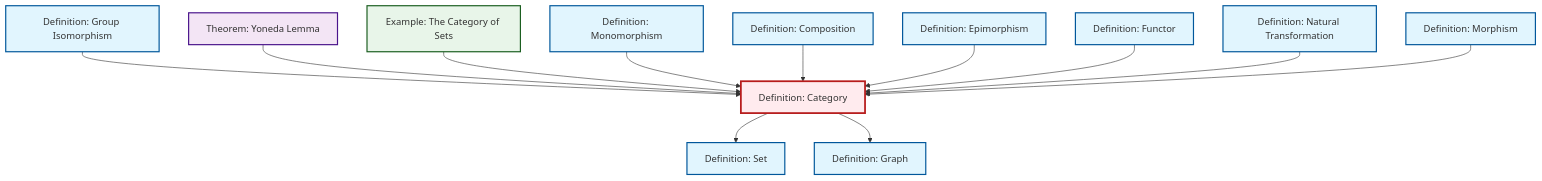
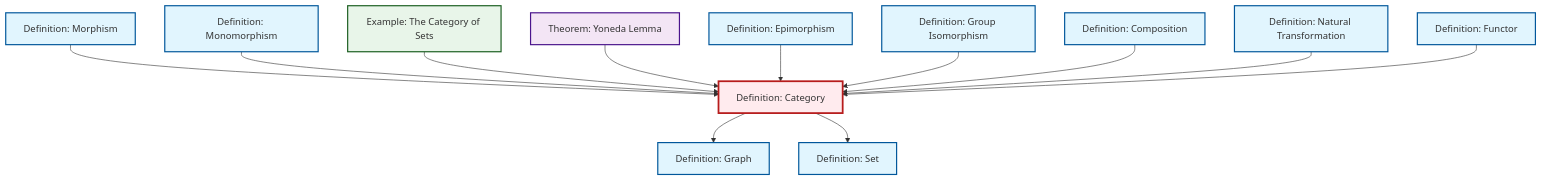
The diagram in content/en/category-theory/def-category.qmd (RK0429/ModernMath), drawn with Mermaid before and after one commit. The commit also changed other lines of this file and 634 other files, not shown here.

````diff
--- a/content/en/category-theory/def-category.qmd
+++ b/content/en/category-theory/def-category.qmd
@@ -47,44 +47,44 @@
 ```{mermaid}
 %%| fig-cap: "Local dependency graph"
 graph TD
     classDef definition fill:#e1f5fe,stroke:#01579b,stroke-width:2px
     classDef theorem fill:#f3e5f5,stroke:#4a148c,stroke-width:2px
     classDef axiom fill:#fff3e0,stroke:#e65100,stroke-width:2px
     classDef example fill:#e8f5e9,stroke:#1b5e20,stroke-width:2px
     classDef current fill:#ffebee,stroke:#b71c1c,stroke-width:3px
+    def-category["Definition: Category"]:::definition
+    def-natural-transformation["Definition: Natural Transformation"]:::definition
     def-composition["Definition: Composition"]:::definition
+    def-epimorphism["Definition: Epimorphism"]:::definition
+    thm-yoneda["Theorem: Yoneda Lemma"]:::theorem
+    def-monomorphism["Definition: Monomorphism"]:::definition
+    def-isomorphism["Definition: Group Isomorphism"]:::definition
+    ex-set-category["Example: The Category of Sets"]:::example
+    def-morphism["Definition: Morphism"]:::definition
     def-set["Definition: Set"]:::definition
-    def-monomorphism["Definition: Monomorphism"]:::definition
+    def-graph["Definition: Graph"]:::definition
     def-functor["Definition: Functor"]:::definition
-    ex-set-category["Example: The Category of Sets"]:::example
-    def-epimorphism["Definition: Epimorphism"]:::definition
-    def-morphism["Definition: Morphism"]:::definition
-    thm-yoneda["Theorem: Yoneda Lemma"]:::theorem
-    def-isomorphism["Definition: Group Isomorphism"]:::definition
-    def-natural-transformation["Definition: Natural Transformation"]:::definition
-    def-graph["Definition: Graph"]:::definition
-    def-category["Definition: Category"]:::definition
+    def-category --> def-graph
+    def-morphism --> def-category
+    def-monomorphism --> def-category
+    ex-set-category --> def-category
+    thm-yoneda --> def-category
+    def-epimorphism --> def-category
     def-isomorphism --> def-category
-    thm-yoneda --> def-category
-    ex-set-category --> def-category
-    def-monomorphism --> def-category
     def-composition --> def-category
-    def-epimorphism --> def-category
+    def-natural-transformation --> def-category
+    def-category --> def-set
     def-functor --> def-category
-    def-natural-transformation --> def-category
-    def-morphism --> def-category
-    def-category --> def-set
-    def-category --> def-graph
     class def-category current
+    click def-natural-transformation "def-natural-transformation.html" "Go to Natural Transformation definition"
     click def-composition "def-composition.html" "Go to Composition definition"
+    click def-epimorphism "def-epimorphism.html" "Go to Epimorphism definition"
+    click thm-yoneda "thm-yoneda.html" "Go to Yoneda Lemma theorem"
+    click def-monomorphism "def-monomorphism.html" "Go to Monomorphism definition"
+    click def-isomorphism "def-isomorphism.html" "Go to Group Isomorphism definition"
+    click ex-set-category "ex-set-category.html" "Go to The Category of Sets example"
+    click def-morphism "def-morphism.html" "Go to Morphism definition"
     click def-set "def-set.html" "Go to Set definition"
-    click def-monomorphism "def-monomorphism.html" "Go to Monomorphism definition"
+    click def-graph "def-graph.html" "Go to Graph definition"
     click def-functor "def-functor.html" "Go to Functor definition"
-    click ex-set-category "ex-set-category.html" "Go to The Category of Sets example"
-    click def-epimorphism "def-epimorphism.html" "Go to Epimorphism definition"
-    click def-morphism "def-morphism.html" "Go to Morphism definition"
-    click thm-yoneda "thm-yoneda.html" "Go to Yoneda Lemma theorem"
-    click def-isomorphism "def-isomorphism.html" "Go to Group Isomorphism definition"
-    click def-natural-transformation "def-natural-transformation.html" "Go to Natural Transformation definition"
-    click def-graph "def-graph.html" "Go to Graph definition"
 ```
````
